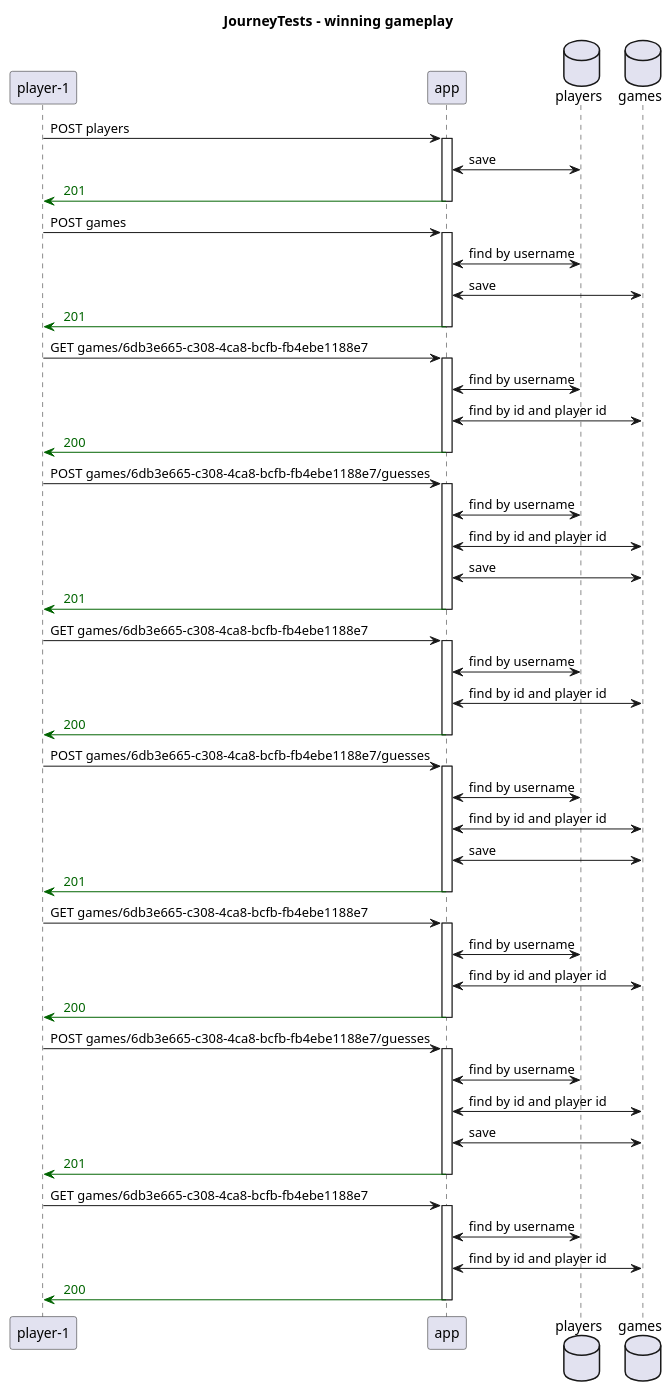
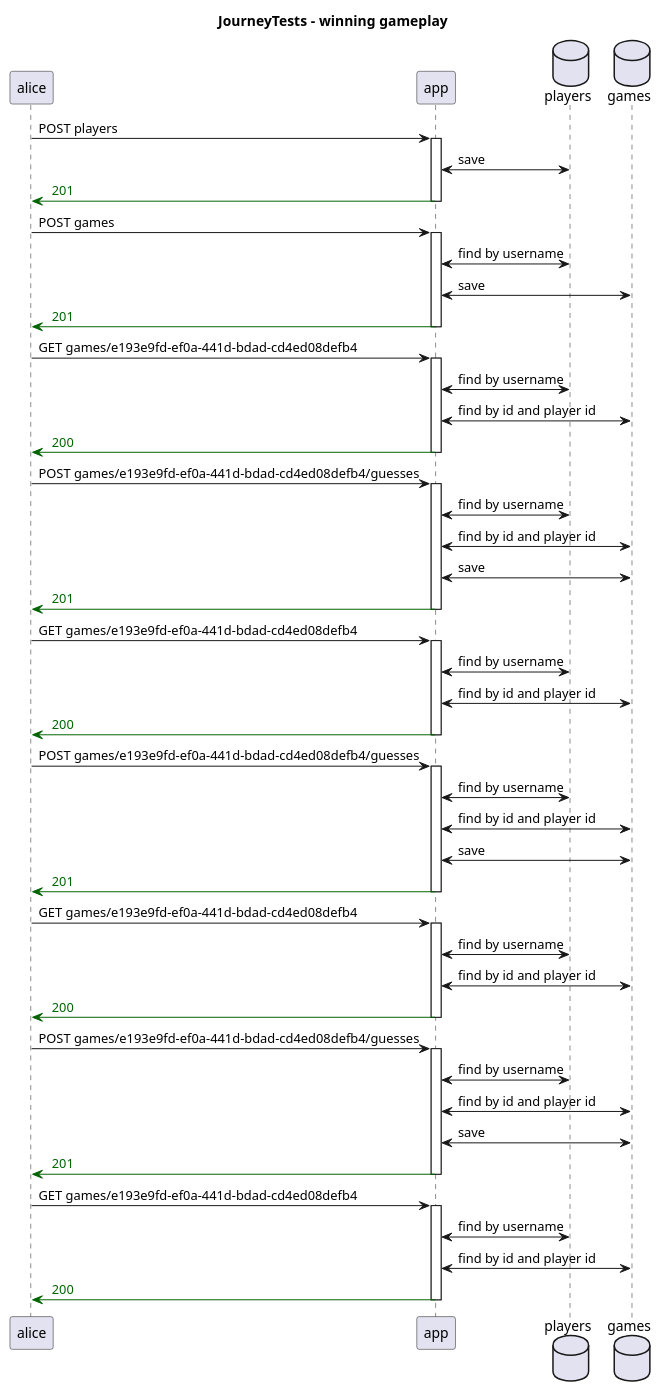
Before and after one commit to th3n3rd/http4k-playground: the diagram in docs/system/generated/JourneyTests - winning gameplay - Sequence.puml, drawn with PlantUML. The commit also changed 5 other files, not shown here.

```diff
--- a/docs/system/generated/JourneyTests - winning gameplay - Sequence.puml
+++ b/docs/system/generated/JourneyTests - winning gameplay - Sequence.puml
@@ -1,63 +1,63 @@
 @startuml
 title JourneyTests - winning gameplay
-participant "player-1"
+participant "alice"
 participant "app"
 database "players"
 database "games"
-"player-1" -> "app": POST players
+"alice" -> "app": POST players
 activate "app"
 "app" <-> "players": save
-"app" -[#DarkGreen]> "player-1": <color:DarkGreen> 201 
+"app" -[#DarkGreen]> "alice": <color:DarkGreen> 201 
 deactivate "app"
-"player-1" -> "app": POST games
+"alice" -> "app": POST games
 activate "app"
 "app" <-> "players": find by username
 "app" <-> "games": save
-"app" -[#DarkGreen]> "player-1": <color:DarkGreen> 201 
+"app" -[#DarkGreen]> "alice": <color:DarkGreen> 201 
 deactivate "app"
-"player-1" -> "app": GET games/6db3e665-c308-4ca8-bcfb-fb4ebe1188e7
+"alice" -> "app": GET games/e193e9fd-ef0a-441d-bdad-cd4ed08defb4
 activate "app"
 "app" <-> "players": find by username
 "app" <-> "games": find by id and player id
-"app" -[#DarkGreen]> "player-1": <color:DarkGreen> 200 
+"app" -[#DarkGreen]> "alice": <color:DarkGreen> 200 
 deactivate "app"
-"player-1" -> "app": POST games/6db3e665-c308-4ca8-bcfb-fb4ebe1188e7/guesses
+"alice" -> "app": POST games/e193e9fd-ef0a-441d-bdad-cd4ed08defb4/guesses
 activate "app"
 "app" <-> "players": find by username
 "app" <-> "games": find by id and player id
 "app" <-> "games": save
-"app" -[#DarkGreen]> "player-1": <color:DarkGreen> 201 
+"app" -[#DarkGreen]> "alice": <color:DarkGreen> 201 
 deactivate "app"
-"player-1" -> "app": GET games/6db3e665-c308-4ca8-bcfb-fb4ebe1188e7
+"alice" -> "app": GET games/e193e9fd-ef0a-441d-bdad-cd4ed08defb4
 activate "app"
 "app" <-> "players": find by username
 "app" <-> "games": find by id and player id
-"app" -[#DarkGreen]> "player-1": <color:DarkGreen> 200 
+"app" -[#DarkGreen]> "alice": <color:DarkGreen> 200 
 deactivate "app"
-"player-1" -> "app": POST games/6db3e665-c308-4ca8-bcfb-fb4ebe1188e7/guesses
+"alice" -> "app": POST games/e193e9fd-ef0a-441d-bdad-cd4ed08defb4/guesses
 activate "app"
 "app" <-> "players": find by username
 "app" <-> "games": find by id and player id
 "app" <-> "games": save
-"app" -[#DarkGreen]> "player-1": <color:DarkGreen> 201 
+"app" -[#DarkGreen]> "alice": <color:DarkGreen> 201 
 deactivate "app"
-"player-1" -> "app": GET games/6db3e665-c308-4ca8-bcfb-fb4ebe1188e7
+"alice" -> "app": GET games/e193e9fd-ef0a-441d-bdad-cd4ed08defb4
 activate "app"
 "app" <-> "players": find by username
 "app" <-> "games": find by id and player id
-"app" -[#DarkGreen]> "player-1": <color:DarkGreen> 200 
+"app" -[#DarkGreen]> "alice": <color:DarkGreen> 200 
 deactivate "app"
-"player-1" -> "app": POST games/6db3e665-c308-4ca8-bcfb-fb4ebe1188e7/guesses
+"alice" -> "app": POST games/e193e9fd-ef0a-441d-bdad-cd4ed08defb4/guesses
 activate "app"
 "app" <-> "players": find by username
 "app" <-> "games": find by id and player id
 "app" <-> "games": save
-"app" -[#DarkGreen]> "player-1": <color:DarkGreen> 201 
+"app" -[#DarkGreen]> "alice": <color:DarkGreen> 201 
 deactivate "app"
-"player-1" -> "app": GET games/6db3e665-c308-4ca8-bcfb-fb4ebe1188e7
+"alice" -> "app": GET games/e193e9fd-ef0a-441d-bdad-cd4ed08defb4
 activate "app"
 "app" <-> "players": find by username
 "app" <-> "games": find by id and player id
-"app" -[#DarkGreen]> "player-1": <color:DarkGreen> 200 
+"app" -[#DarkGreen]> "alice": <color:DarkGreen> 200 
 deactivate "app"
 @enduml
```
